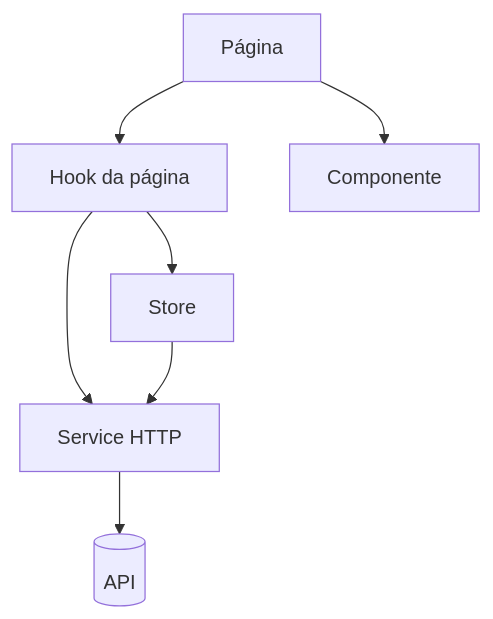
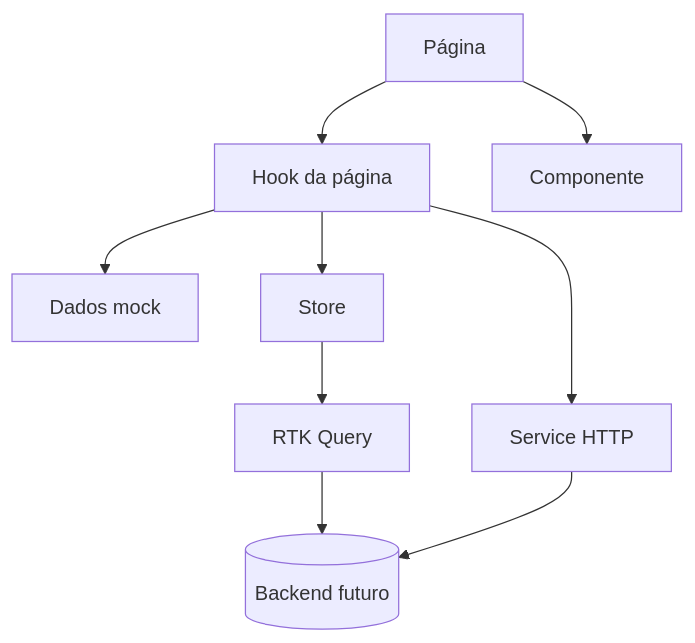
The diagram in docs/architecture/frontend.md (felipe-sant/portfolio-frontend), drawn with Mermaid before and after one commit. The commit also changed other lines of this file and 3 other files, not shown here.

````diff
--- a/docs/architecture/frontend.md
+++ b/docs/architecture/frontend.md
@@ -7,9 +7,11 @@
 ```mermaid
 flowchart TD
     Page[Página] --> Hook[Hook da página]
     Page --> Component[Componente]
+    Hook --> Mock[Dados mock]
     Hook --> Store[Store]
+    Store --> Api[RTK Query]
     Hook --> Service[Service HTTP]
-    Store --> Service
-    Service --> API[(API)]
+    Api --> Backend[(Backend futuro)]
+    Service --> Backend
 ```
````
